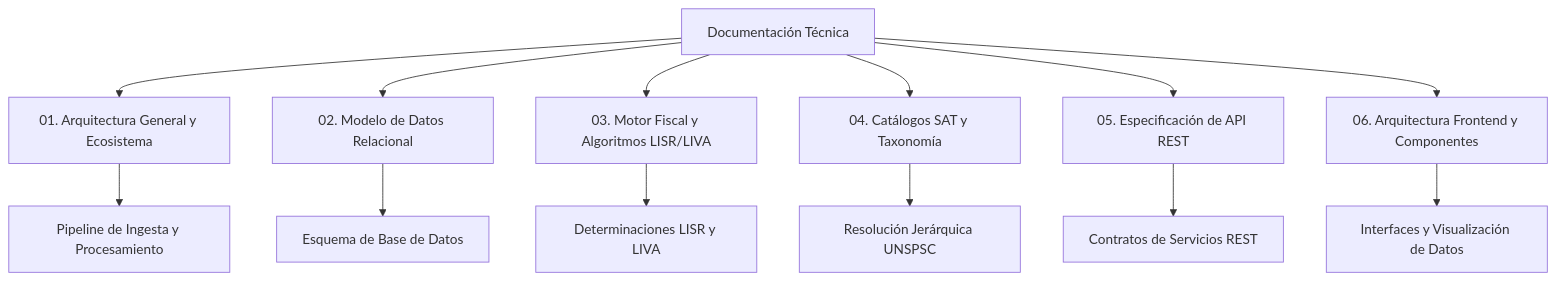
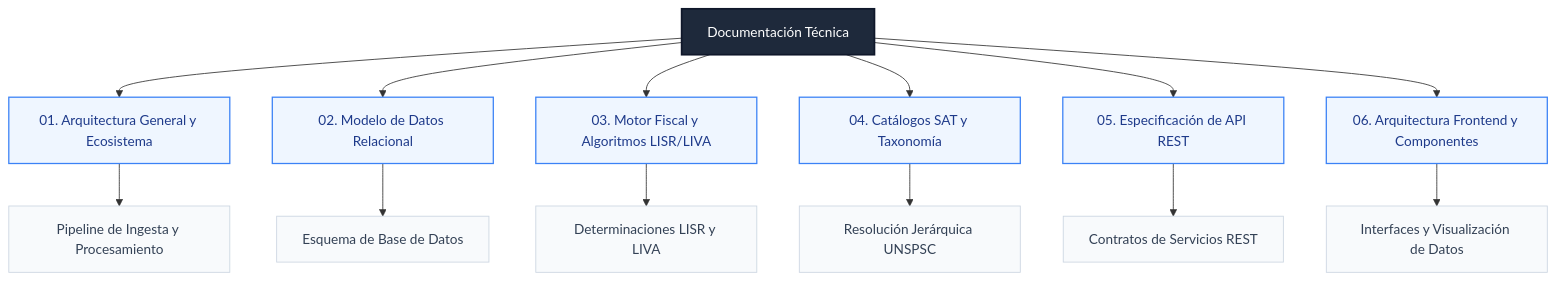
One commit to shellaquiles/tribuTACOS changed the diagram in docs/README.md. Above: the diagram before and after it, drawn with Mermaid. The commit also changed 6 other files, not shown here.

Commit message:
refactor: standardize documentation diagrams with vertical orientation and consistent color-coded styling

````diff
--- a/docs/README.md
+++ b/docs/README.md
@@ -11,16 +11,24 @@
 ```mermaid
 graph TD
     Root[Documentación Técnica] --> Arch[01. Arquitectura General y Ecosistema]
     Root --> Data[02. Modelo de Datos Relacional]
     Root --> Fiscal[03. Motor Fiscal y Algoritmos LISR/LIVA]
     Root --> Cat[04. Catálogos SAT y Taxonomía]
     Root --> API[05. Especificación de API REST]
     Root --> Front[06. Arquitectura Frontend y Componentes]
 
     Arch --> Flow[Pipeline de Ingesta y Procesamiento]
     Data --> DB[Esquema de Base de Datos]
     Fiscal --> Calcs[Determinaciones LISR y LIVA]
     Cat --> UNSPSC[Resolución Jerárquica UNSPSC]
     API --> Endpoints[Contratos de Servicios REST]
     Front --> UI[Interfaces y Visualización de Datos]
+
+    classDef mainNode fill:#1e293b,stroke:#0f172a,stroke-width:2px,color:#ffffff;
+    classDef moduleNode fill:#eff6ff,stroke:#3b82f6,stroke-width:1.5px,color:#1e3a8a;
+    classDef detailNode fill:#f8fafc,stroke:#cbd5e1,stroke-width:1px,color:#334155;
+
+    class Root mainNode;
+    class Arch,Data,Fiscal,Cat,API,Front moduleNode;
+    class Flow,DB,Calcs,UNSPSC,Endpoints,UI detailNode;
 ```
````
